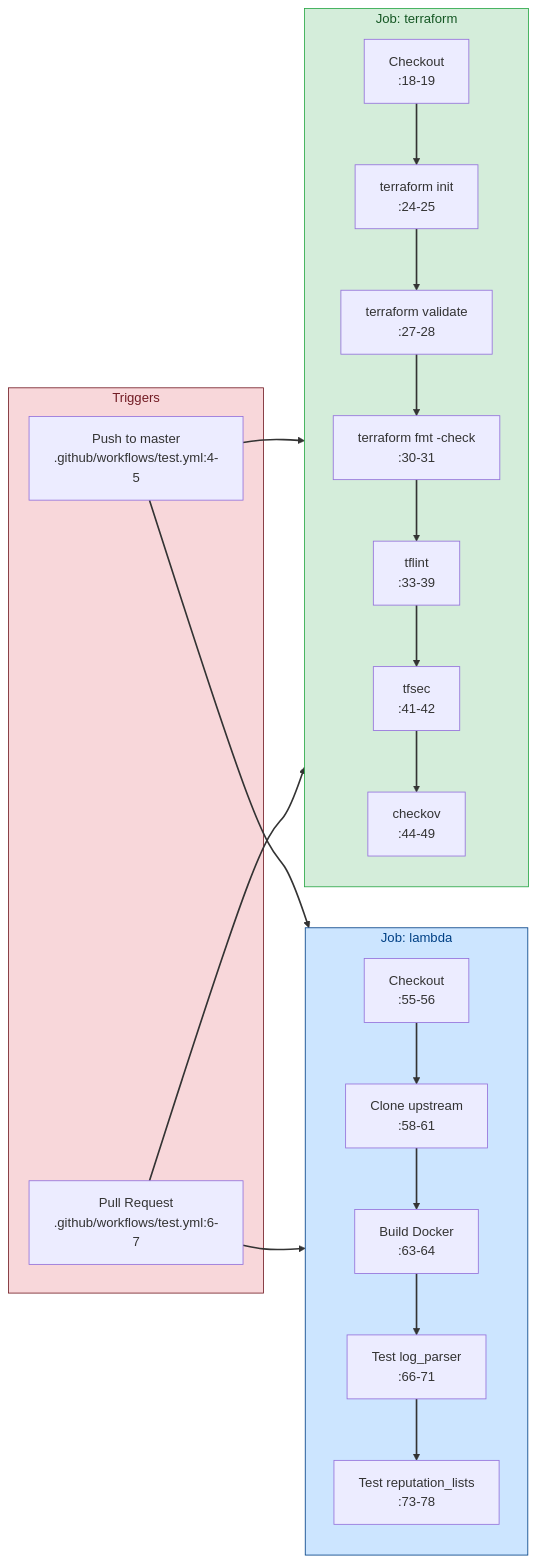
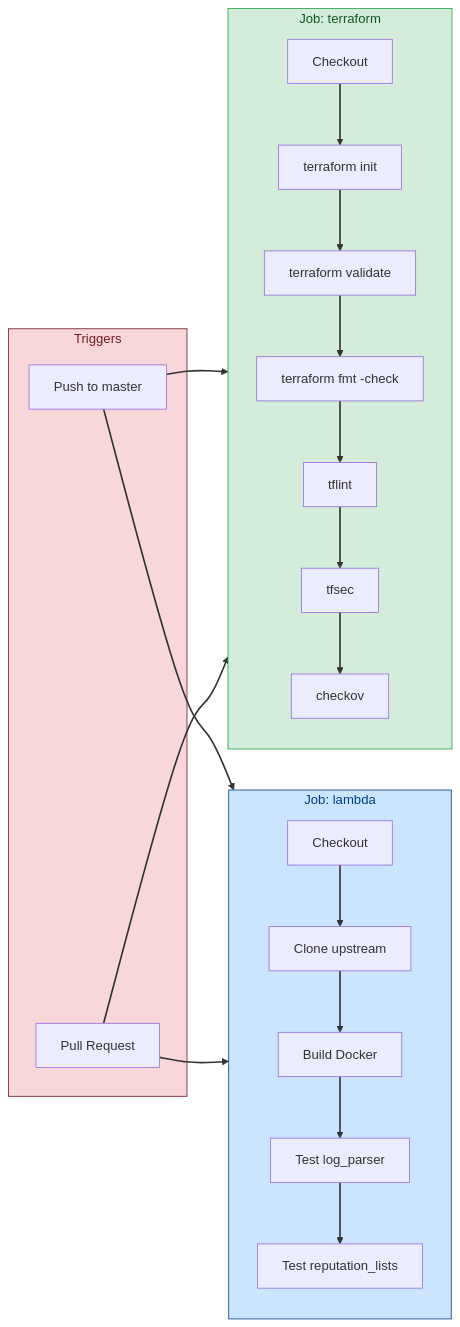
The third of 7 diagrams in docs/ARCHITECTURE.md (datastreamapp/terraform-waf-module), drawn with Mermaid before and after one commit. The commit also changed other lines of this file and 2 other files, not shown here.

First line of the commit message:
docs: update CI/CD pipeline diagrams to show complete flow

````diff
--- a/docs/ARCHITECTURE.md
+++ b/docs/ARCHITECTURE.md
@@ -127,38 +131,38 @@
 ```mermaid
 flowchart LR
     subgraph Trigger["Triggers"]
-        Push["Push to master<br/>.github/workflows/test.yml:4-5"]
-        PR["Pull Request<br/>.github/workflows/test.yml:6-7"]
+        Push["Push to master"]
+        PR["Pull Request"]
     end
 
     subgraph TerraformJob["Job: terraform"]
         direction TB
-        T1["Checkout<br/>:18-19"]
-        T2["terraform init<br/>:24-25"]
-        T3["terraform validate<br/>:27-28"]
-        T4["terraform fmt -check<br/>:30-31"]
-        T5["tflint<br/>:33-39"]
-        T6["tfsec<br/>:41-42"]
-        T7["checkov<br/>:44-49"]
+        T1["Checkout"]
+        T2["terraform init"]
+        T3["terraform validate"]
+        T4["terraform fmt -check"]
+        T5["tflint"]
+        T6["tfsec"]
+        T7["checkov"]
         T1 --> T2 --> T3 --> T4 --> T5 --> T6 --> T7
     end
 
     subgraph LambdaJob["Job: lambda"]
         direction TB
-        L1["Checkout<br/>:55-56"]
-        L2["Clone upstream<br/>:58-61"]
-        L3["Build Docker<br/>:63-64"]
-        L4["Test log_parser<br/>:66-71"]
-        L5["Test reputation_lists<br/>:73-78"]
+        L1["Checkout"]
+        L2["Clone upstream"]
+        L3["Build Docker"]
+        L4["Test log_parser"]
+        L5["Test reputation_lists"]
         L1 --> L2 --> L3 --> L4 --> L5
     end
 
     Push & PR --> TerraformJob
     Push & PR --> LambdaJob
 
     style Trigger fill:#f8d7da,stroke:#721c24,color:#721c24
     style TerraformJob fill:#d4edda,stroke:#28a745,color:#155724
     style LambdaJob fill:#cce5ff,stroke:#004085,color:#004085
 
     linkStyle default stroke:#333,stroke-width:2px
 ```
````
